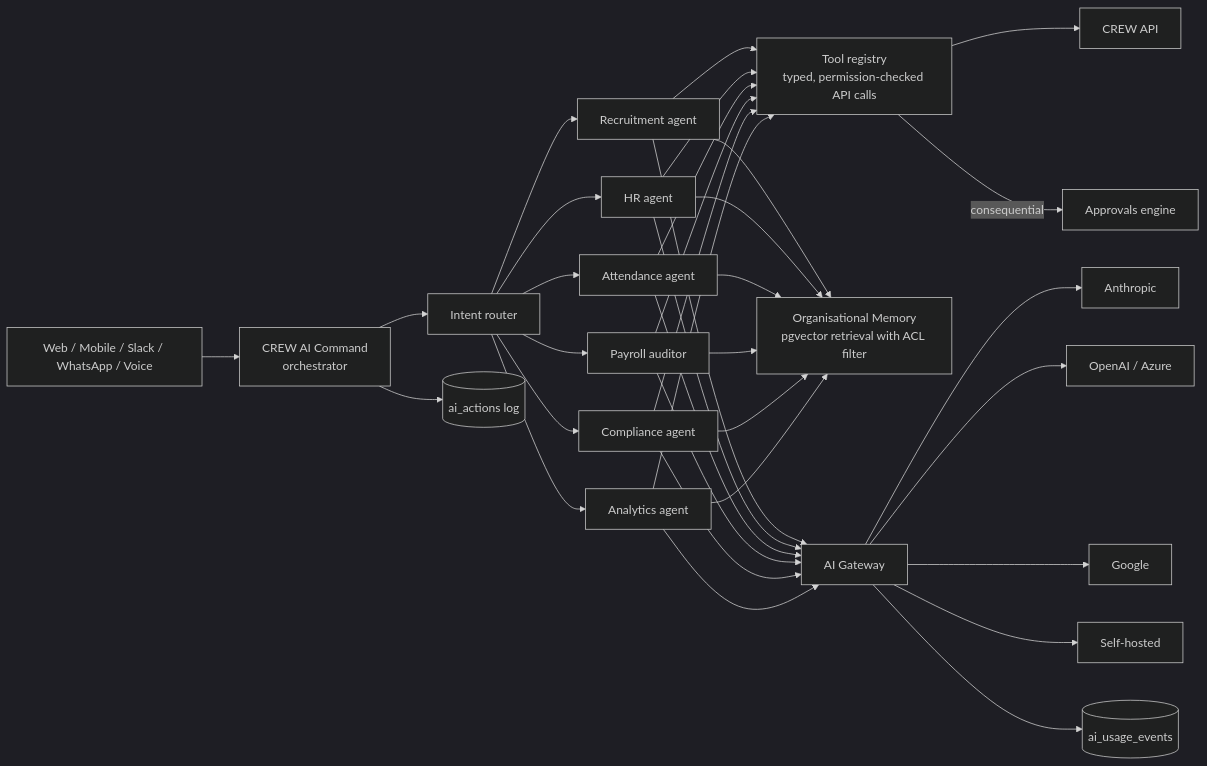
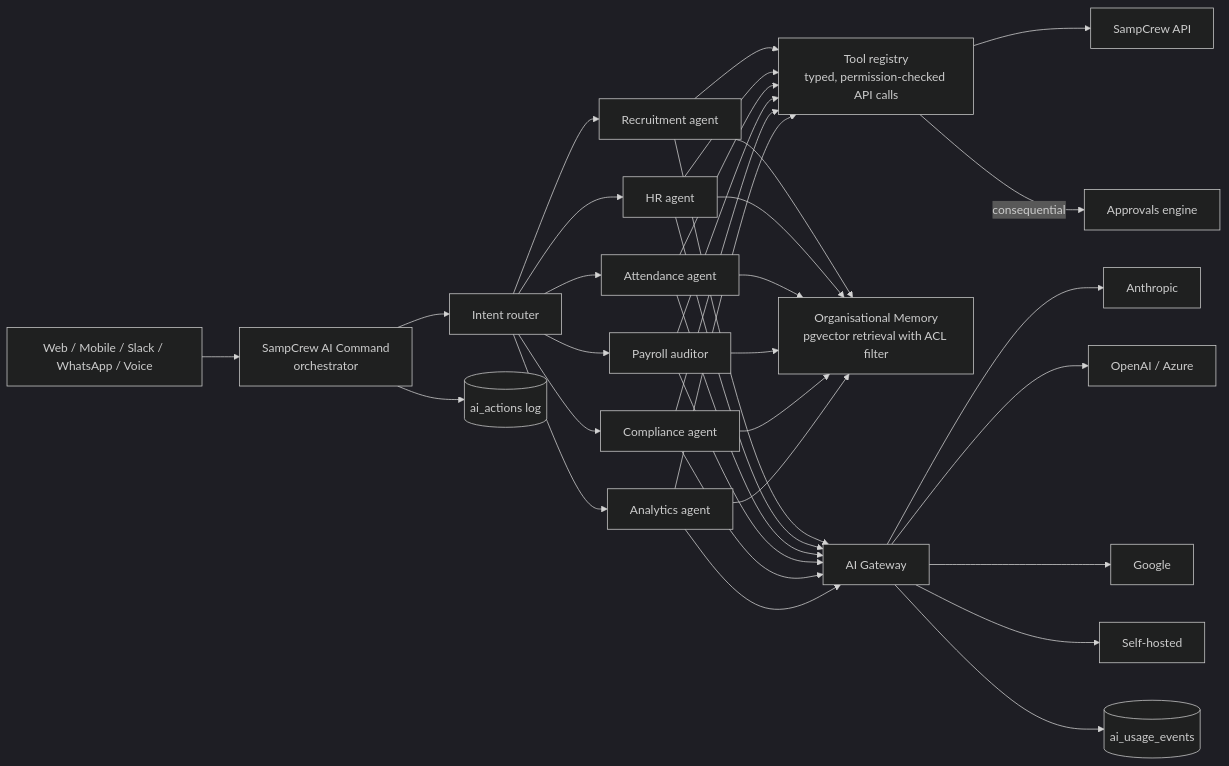
The first of 2 diagrams in docs/architecture/08-ai-and-automation.md (kunalsharma-ai/SampCrew), drawn with Mermaid (dark theme) before and after one commit. The commit also changed other lines of this file and 242 other files, not shown here.

First line of the commit message:
Rebrand CREW to SampCrew: new logo, icons, app name and on-screen text

````diff
--- a/docs/architecture/08-ai-and-automation.md
+++ b/docs/architecture/08-ai-and-automation.md
@@ -13,19 +13,19 @@
 ```mermaid
 flowchart LR
-  UI[Web / Mobile / Slack / WhatsApp / Voice] --> CMD[CREW AI Command<br/>orchestrator]
+  UI[Web / Mobile / Slack / WhatsApp / Voice] --> CMD[SampCrew AI Command<br/>orchestrator]
   CMD --> ROUTER[Intent router]
   ROUTER --> A1[Recruitment agent]
   ROUTER --> A2[HR agent]
   ROUTER --> A3[Attendance agent]
   ROUTER --> A4[Payroll auditor]
   ROUTER --> A5[Compliance agent]
   ROUTER --> A6[Analytics agent]
   A1 & A2 & A3 & A4 & A5 & A6 --> TOOLS[Tool registry<br/>typed, permission-checked API calls]
   A1 & A2 & A3 & A4 & A5 & A6 --> RAG[Organisational Memory<br/>pgvector retrieval with ACL filter]
   A1 & A2 & A3 & A4 & A5 & A6 --> GW[AI Gateway]
   GW --> P1[Anthropic] & P2[OpenAI / Azure] & P3[Google] & P4[Self-hosted]
-  TOOLS --> API[CREW API]
+  TOOLS --> API[SampCrew API]
   TOOLS -->|consequential| APR[Approvals engine]
   GW --> LOG[(ai_usage_events)]
   CMD --> ACT[(ai_actions log)]
 ```
````
